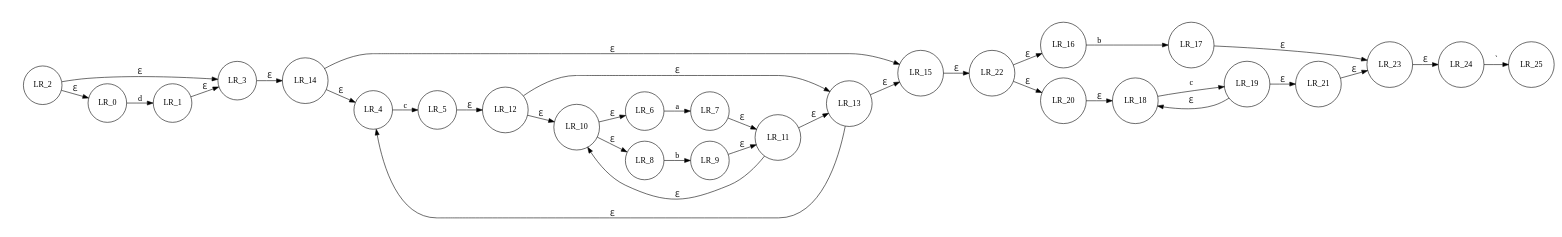
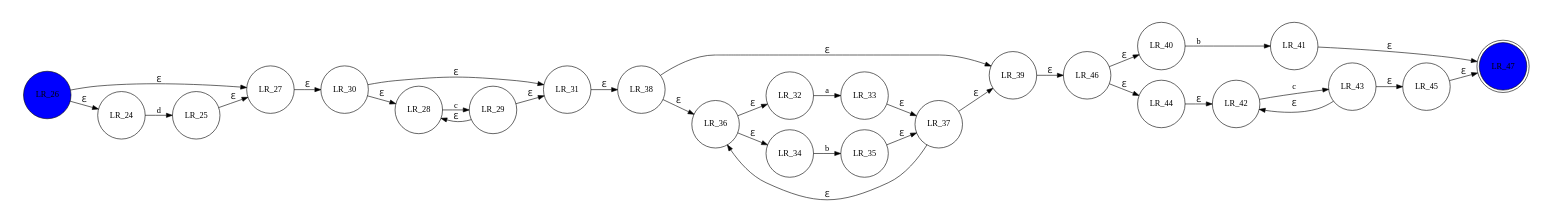
The first of 2 diagrams in design/0x02自动机理论准备.md (whtoo/regex), drawn with Graphviz before and after one commit. The commit also changed other lines of this file and 4 other files, not shown here.

````diff
--- a/design/0x02自动机理论准备.md
+++ b/design/0x02自动机理论准备.md
@@ -9,41 +9,41 @@
 ```graphviz
 digraph G {
 rankdir = LR;
 size = "8,5";
 node [shape=circle];
-LR_2 -> LR_3 [label="ℇ"] ;
-LR_2 -> LR_0 [label="ℇ"] ;
-LR_0 -> LR_1 [label="d"] ;
-LR_1 -> LR_3 [label="ℇ"] ;
-LR_3 -> LR_14 [label="ℇ"] ;
-LR_14 -> LR_15 [label="ℇ"] ;
-LR_14 -> LR_4 [label="ℇ"] ;
-LR_4 -> LR_5 [label="c"] ;
-LR_5 -> LR_12 [label="ℇ"] ;
-LR_12 -> LR_13 [label="ℇ"] ;
-LR_12 -> LR_10 [label="ℇ"] ;
-LR_10 -> LR_6 [label="ℇ"] ;
-LR_10 -> LR_8 [label="ℇ"] ;
-LR_8 -> LR_9 [label="b"] ;
-LR_9 -> LR_11 [label="ℇ"] ;
-LR_11 -> LR_13 [label="ℇ"] ;
-LR_11 -> LR_10 [label="ℇ"] ;
-LR_13 -> LR_15 [label="ℇ"] ;
-LR_13 -> LR_4 [label="ℇ"] ;
-LR_15 -> LR_22 [label="ℇ"] ;
-LR_22 -> LR_16 [label="ℇ"] ;
-LR_22 -> LR_20 [label="ℇ"] ;
-LR_20 -> LR_18 [label="ℇ"] ;
-LR_18 -> LR_19 [label="c"] ;
-LR_19 -> LR_18 [label="ℇ"] ;
-LR_19 -> LR_21 [label="ℇ"] ;
-LR_21 -> LR_23 [label="ℇ"] ;
-LR_23 -> LR_24 [label="ℇ"] ;
-LR_24 -> LR_25 [label="`"] ;
-LR_16 -> LR_17 [label="b"] ;
-LR_17 -> LR_23 [label="ℇ"] ;
-LR_6 -> LR_7 [label="a"] ;
-LR_7 -> LR_11 [label="ℇ"] ;
+LR_26 [style=filled,fillcolor = blue];
+LR_26 -> LR_27 [label="ℇ"] ;
+LR_26 -> LR_24 [label="ℇ"] ;
+LR_27 -> LR_30 [label="ℇ"] ;
+LR_24 -> LR_25 [label="d"] ;
+LR_30 -> LR_31 [label="ℇ"] ;
+LR_30 -> LR_28 [label="ℇ"] ;
+LR_25 -> LR_27 [label="ℇ"] ;
+LR_31 -> LR_38 [label="ℇ"] ;
+LR_28 -> LR_29 [label="c"] ;
+LR_38 -> LR_39 [label="ℇ"] ;
+LR_38 -> LR_36 [label="ℇ"] ;
+LR_29 -> LR_31 [label="ℇ"] ;
+LR_29 -> LR_28 [label="ℇ"] ;
+LR_39 -> LR_46 [label="ℇ"] ;
+LR_36 -> LR_32 [label="ℇ"] ;
+LR_36 -> LR_34 [label="ℇ"] ;
+LR_46 -> LR_40 [label="ℇ"] ;
+LR_46 -> LR_44 [label="ℇ"] ;
+LR_32 -> LR_33 [label="a"] ;
+LR_34 -> LR_35 [label="b"] ;
+LR_40 -> LR_41 [label="b"] ;
+LR_44 -> LR_42 [label="ℇ"] ;
+LR_33 -> LR_37 [label="ℇ"] ;
+LR_35 -> LR_37 [label="ℇ"] ;
+LR_41 -> LR_47 [label="ℇ"] ;
+LR_42 -> LR_43 [label="c"] ;
+LR_37 -> LR_39 [label="ℇ"] ;
+LR_37 -> LR_36 [label="ℇ"] ;
+LR_47 [shape=doublecircle,style=filled,fillcolor = blue];
+LR_43 -> LR_42 [label="ℇ"] ;
+LR_43 -> LR_45 [label="ℇ"] ;
+LR_45 -> LR_47 [label="ℇ"] ;
 
 }
 ```
````
